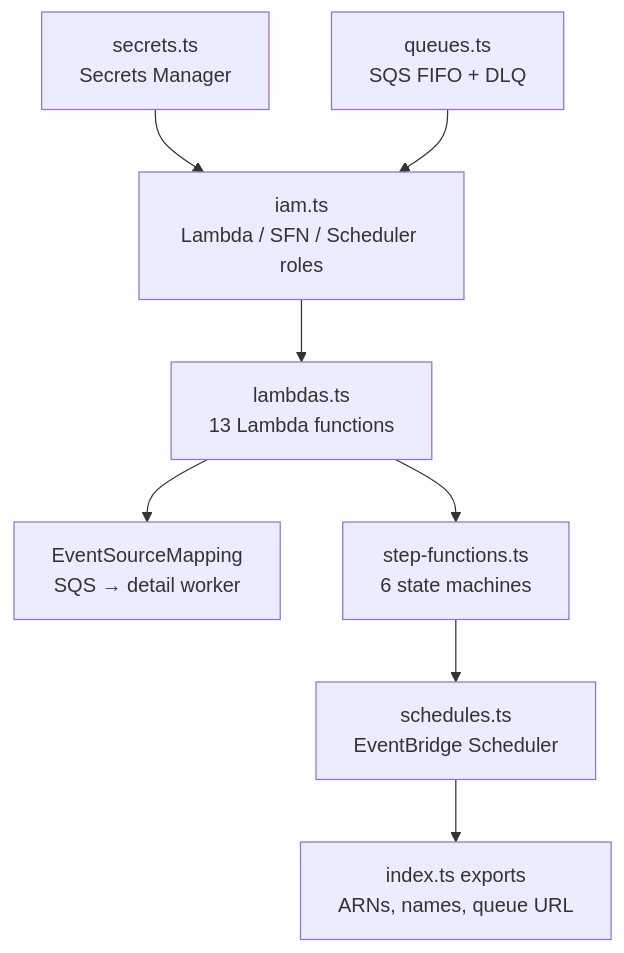
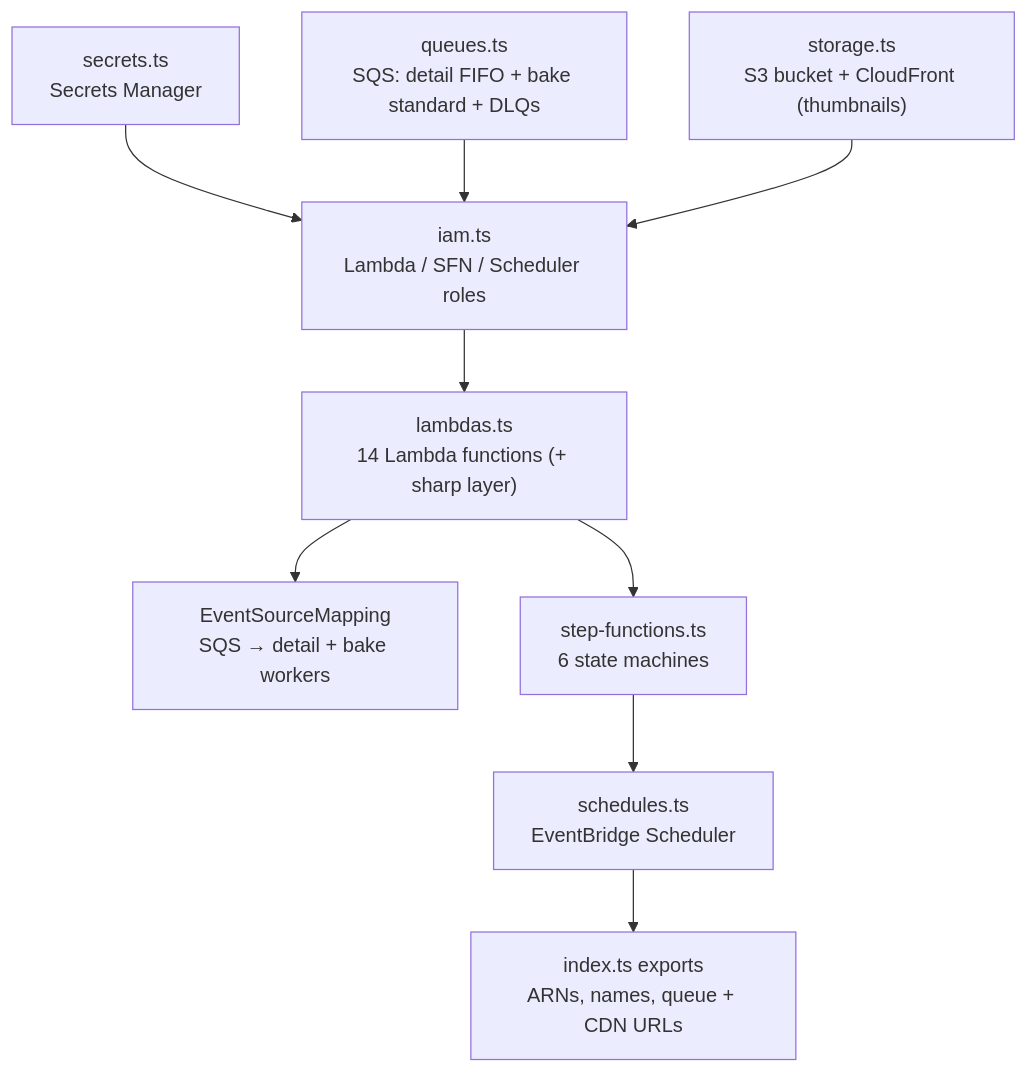
Before and after one commit to bojidaryovchev/selectauto: the first of 2 diagrams in docs/06-infrastructure-aws-pulumi.md, drawn with Mermaid. The commit also changed other lines of this file and 38 other files, not shown here.

````diff
--- a/docs/06-infrastructure-aws-pulumi.md
+++ b/docs/06-infrastructure-aws-pulumi.md
@@ -11,10 +11,11 @@
 ```mermaid
 flowchart TD
   secrets["secrets.ts<br/>Secrets Manager"] --> iam
-  queues["queues.ts<br/>SQS FIFO + DLQ"] --> iam
+  queues["queues.ts<br/>SQS: detail FIFO + bake standard + DLQs"] --> iam
+  storage["storage.ts<br/>S3 bucket + CloudFront (thumbnails)"] --> iam
   iam["iam.ts<br/>Lambda / SFN / Scheduler roles"] --> lambdas
-  lambdas["lambdas.ts<br/>13 Lambda functions"] --> esm["EventSourceMapping<br/>SQS → detail worker"]
+  lambdas["lambdas.ts<br/>14 Lambda functions (+ sharp layer)"] --> esm["EventSourceMapping<br/>SQS → detail + bake workers"]
   lambdas --> sfn["step-functions.ts<br/>6 state machines"]
   sfn --> sched["schedules.ts<br/>EventBridge Scheduler"]
-  sched --> outputs["index.ts exports<br/>ARNs, names, queue URL"]
+  sched --> outputs["index.ts exports<br/>ARNs, names, queue + CDN URLs"]
 ```
````
